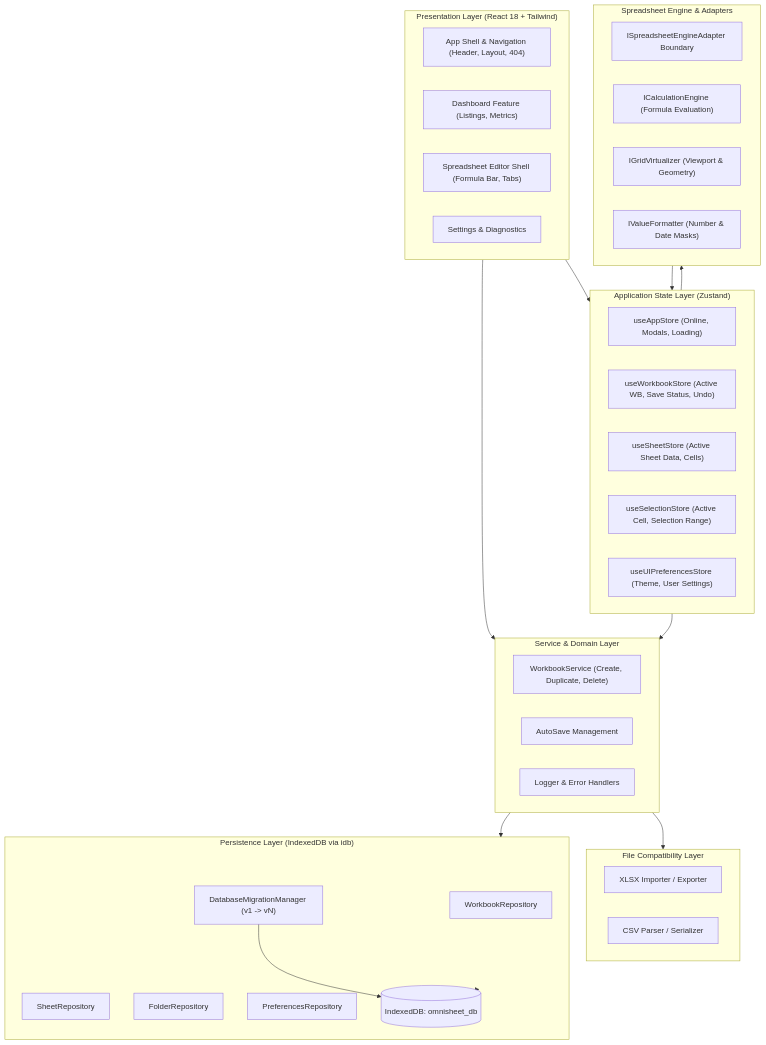
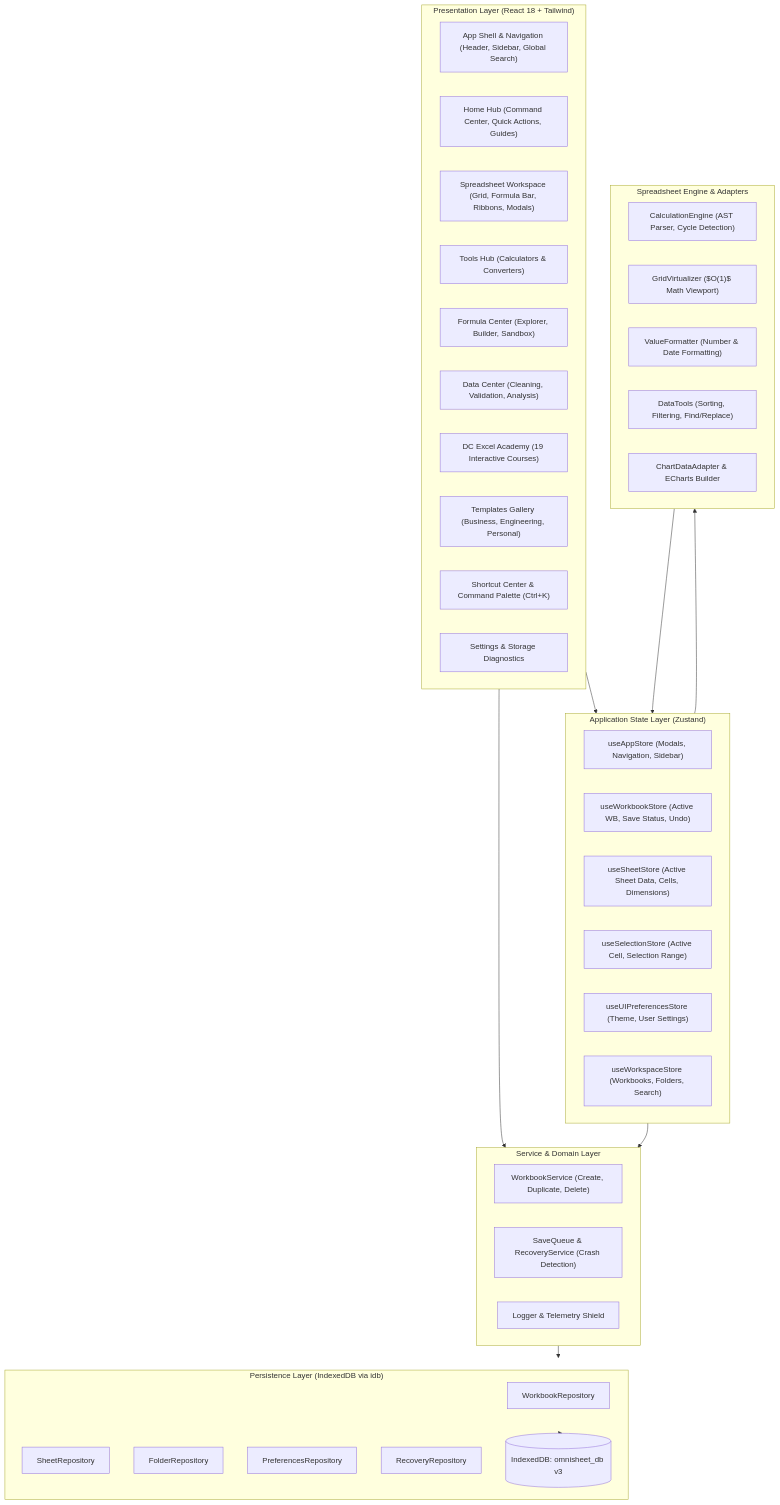
The diagram in docs/ARCHITECTURE.md (damayanti-technologies/dc-excel), drawn with Mermaid before and after one commit. The commit also changed other lines of this file and 23 other files, not shown here.

Commit message:
feat: DC Excel comprehensive update - Hubs, Academy, Calculators, Formula Center, Templates, and Global Search

````diff
--- a/docs/ARCHITECTURE.md
+++ b/docs/ARCHITECTURE.md
@@ -23,54 +26,55 @@
 ```mermaid
 flowchart TD
     subgraph PresentationLayer["Presentation Layer (React 18 + Tailwind)"]
-        UI_Shell["App Shell & Navigation (Header, Layout, 404)"]
-        UI_Dashboard["Dashboard Feature (Listings, Metrics)"]
-        UI_Editor["Spreadsheet Editor Shell (Formula Bar, Tabs)"]
-        UI_Settings["Settings & Diagnostics"]
+        UI_Shell["App Shell & Navigation (Header, Sidebar, Global Search)"]
+        UI_Home["Home Hub (Command Center, Quick Actions, Guides)"]
+        UI_Editor["Spreadsheet Workspace (Grid, Formula Bar, Ribbons, Modals)"]
+        UI_Tools["Tools Hub (Calculators & Converters)"]
+        UI_Formula["Formula Center (Explorer, Builder, Sandbox)"]
+        UI_Data["Data Center (Cleaning, Validation, Analysis)"]
+        UI_Academy["DC Excel Academy (19 Interactive Courses)"]
+        UI_Templates["Templates Gallery (Business, Engineering, Personal)"]
+        UI_Shortcuts["Shortcut Center & Command Palette (Ctrl+K)"]
+        UI_Settings["Settings & Storage Diagnostics"]
     end
 
     subgraph StateLayer["Application State Layer (Zustand)"]
-        Store_App["useAppStore (Online, Modals, Loading)"]
+        Store_App["useAppStore (Modals, Navigation, Sidebar)"]
         Store_WB["useWorkbookStore (Active WB, Save Status, Undo)"]
-        Store_Sheet["useSheetStore (Active Sheet Data, Cells)"]
+        Store_Sheet["useSheetStore (Active Sheet Data, Cells, Dimensions)"]
         Store_Selection["useSelectionStore (Active Cell, Selection Range)"]
         Store_Prefs["useUIPreferencesStore (Theme, User Settings)"]
+        Store_Workspace["useWorkspaceStore (Workbooks, Folders, Search)"]
     end
 
     subgraph ServiceLayer["Service & Domain Layer"]
         Service_WB["WorkbookService (Create, Duplicate, Delete)"]
-        Service_AutoSave["AutoSave Management"]
-        Service_Log["Logger & Error Handlers"]
+        Service_Save["SaveQueue & RecoveryService (Crash Detection)"]
+        Service_Log["Logger & Telemetry Shield"]
     end
 
     subgraph EngineLayer["Spreadsheet Engine & Adapters"]
-        Engine_Adapter["ISpreadsheetEngineAdapter Boundary"]
-        Engine_Calc["ICalculationEngine (Formula Evaluation)"]
-        Engine_Grid["IGridVirtualizer (Viewport & Geometry)"]
-        Engine_Format["IValueFormatter (Number & Date Masks)"]
-    end
-
-    subgraph CompatibilityLayer["File Compatibility Layer"]
-        Compat_XLSX["XLSX Importer / Exporter"]
-        Compat_CSV["CSV Parser / Serializer"]
+        Engine_Calc["CalculationEngine (AST Parser, Cycle Detection)"]
+        Engine_Grid["GridVirtualizer ($O(1)$ Math Viewport)"]
+        Engine_Format["ValueFormatter (Number & Date Formatting)"]
+        Engine_Data["DataTools (Sorting, Filtering, Find/Replace)"]
+        Engine_Charts["ChartDataAdapter & ECharts Builder"]
     end
 
     subgraph StorageLayer["Persistence Layer (IndexedDB via idb)"]
         Repo_WB["WorkbookRepository"]
         Repo_Sheet["SheetRepository"]
         Repo_Folder["FolderRepository"]
         Repo_Prefs["PreferencesRepository"]
-        DB_Migration["DatabaseMigrationManager (v1 -> vN)"]
-        IDB_Instance[("IndexedDB: omnisheet_db")]
+        Repo_Recovery["RecoveryRepository"]
+        IDB_Instance[("IndexedDB: omnisheet_db v3")]
     end
 
     PresentationLayer --> StateLayer
     PresentationLayer --> ServiceLayer
     StateLayer --> ServiceLayer
     StateLayer --> EngineLayer
     ServiceLayer --> StorageLayer
-    ServiceLayer --> CompatibilityLayer
     EngineLayer --> StateLayer
     StorageLayer --> IDB_Instance
-    DB_Migration --> IDB_Instance
 ```
````
